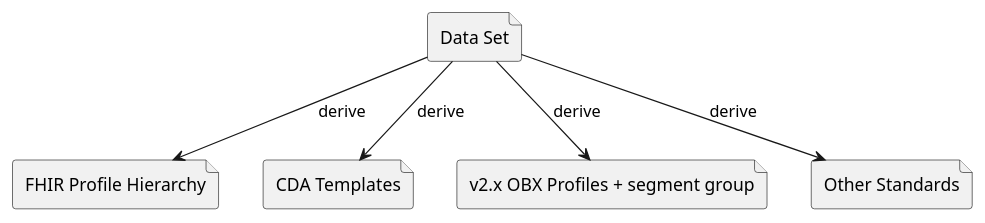
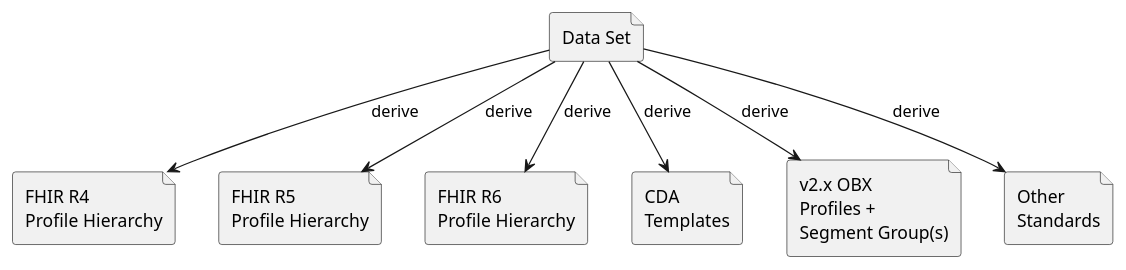
One commit to frankoemig/vital-signs-demo changed the diagram in input/images-source/guide_profiling.plantuml. Above: the diagram before and after it, drawn with PlantUML. The commit also changed 3 other files, not shown here.

```diff
--- a/input/images-source/guide_profiling.plantuml
+++ b/input/images-source/guide_profiling.plantuml
@@ -1,16 +1,20 @@
 @startuml
 
 
 file "Data Set" as ds 
 
-file "FHIR Profile Hierarchy" as fhir
-file "CDA Templates" as cda
-file "v2.x OBX Profiles + segment group" as v2x
-file "Other Standards" as other
+file "FHIR R4 \nProfile Hierarchy" as fhirR4
+file "FHIR R5 \nProfile Hierarchy" as fhirR5
+file "FHIR R6 \nProfile Hierarchy" as fhirR6
+file "CDA \nTemplates" as cda
+file "v2.x OBX \nProfiles + \nSegment Group(s)" as v2x
+file "Other \nStandards" as other
 
-ds --> fhir : derive
+ds --> fhirR4 : derive
+ds --> fhirR5 : derive
+ds --> fhirR6 : derive
 ds --> cda : derive
 ds --> v2x : derive
 ds --> other : derive
 
 @enduml
```
